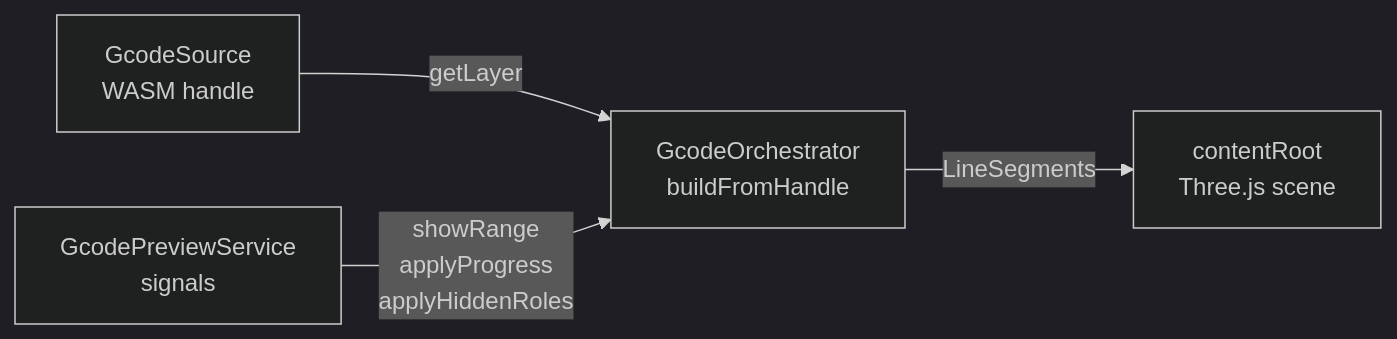
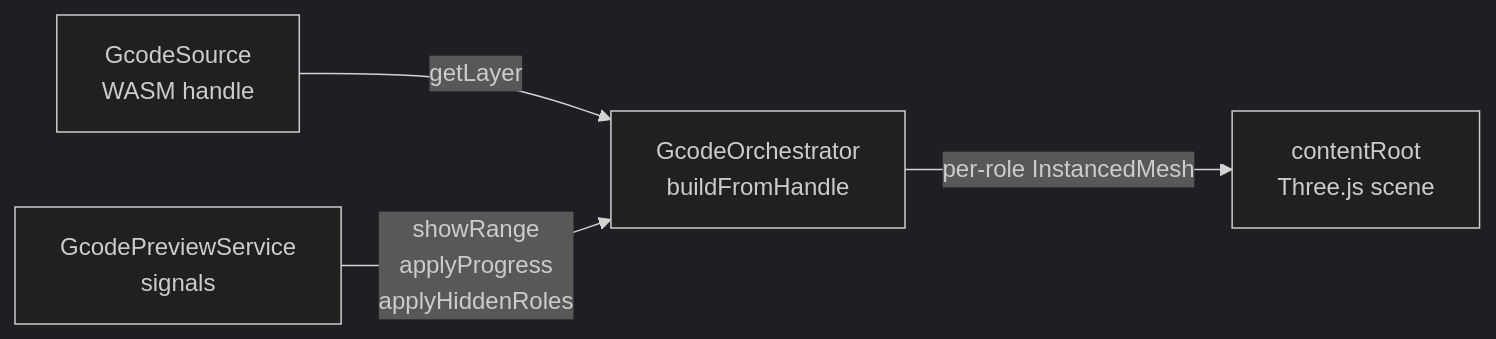
The fifth of 5 diagrams in ui/src/app/components/viewer/README.md (ColdCrabby/slicer), drawn with Mermaid (dark theme) before and after one commit. The commit also changed other lines of this file and 4 other files, not shown here.

````diff
--- a/ui/src/app/components/viewer/README.md
+++ b/ui/src/app/components/viewer/README.md
@@ -403,6 +403,6 @@
 ```mermaid
 flowchart LR
     WASM[GcodeSource\nWASM handle] -->|getLayer| GO[GcodeOrchestrator\nbuildFromHandle]
-    GO -->|LineSegments| CR[contentRoot\nThree.js scene]
+    GO -->|per-role InstancedMesh| CR[contentRoot\nThree.js scene]
     GPS[GcodePreviewService\nsignals] -->|showRange\napplyProgress\napplyHiddenRoles| GO
 ```
````
